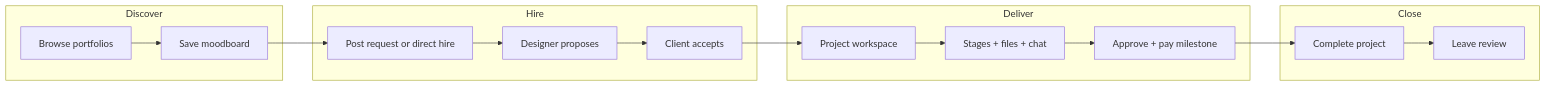
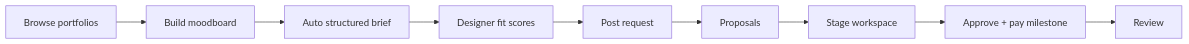
Before and after one commit to MNSBaanu/Inside: the first of 5 diagrams in docs/SYSTEM-OVERVIEW.md, drawn with Mermaid. The commit also changed other lines of this file and 17 other files, not shown here.

````diff
--- a/docs/SYSTEM-OVERVIEW.md
+++ b/docs/SYSTEM-OVERVIEW.md
@@ -52,22 +62,11 @@
 ```mermaid
 flowchart LR
-    subgraph phase1 [Discover]
-        A[Browse portfolios]
-        B[Save moodboard]
-    end
-    subgraph phase2 [Hire]
-        C[Post request or direct hire]
-        D[Designer proposes]
-        E[Client accepts]
-    end
-    subgraph phase3 [Deliver]
-        F[Project workspace]
-        G[Stages + files + chat]
-        H[Approve + pay milestone]
-    end
-    subgraph phase4 [Close]
-        I[Complete project]
-        J[Leave review]
-    end
-    A --> B --> C --> D --> E --> F --> G --> H --> I --> J
+    Browse[Browse portfolios] --> Mood[Build moodboard]
+    Mood --> Brief[Auto structured brief]
+    Brief --> Fit[Designer fit scores]
+    Fit --> Request[Post request]
+    Request --> Proposals[Proposals]
+    Proposals --> Workspace[Stage workspace]
+    Workspace --> Ledger[Approve + pay milestone]
+    Ledger --> Review[Review]
 ```
````
